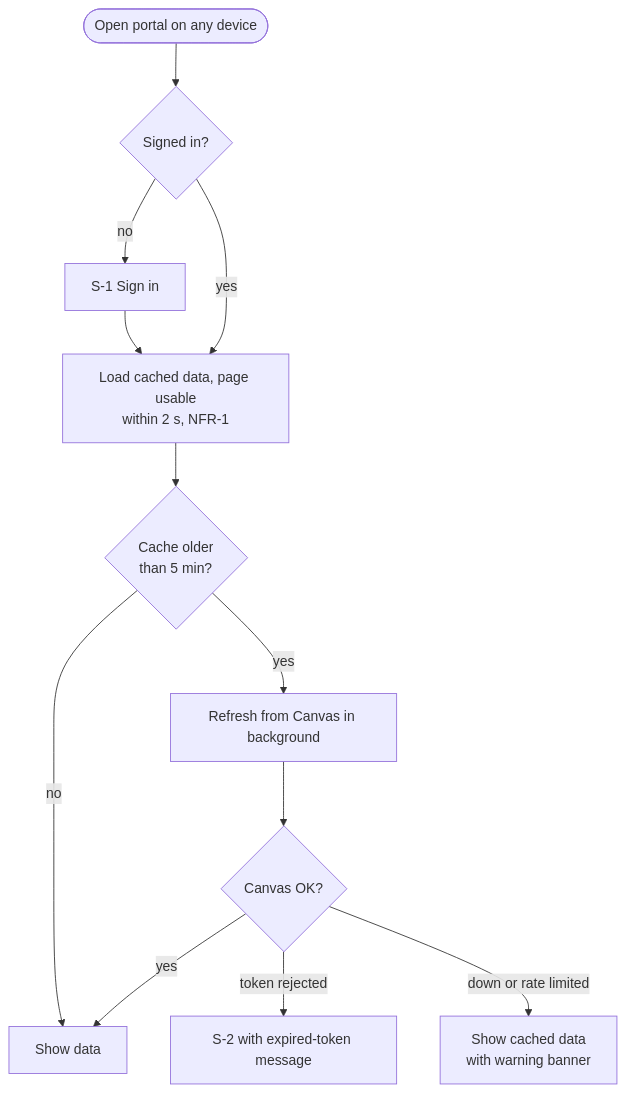
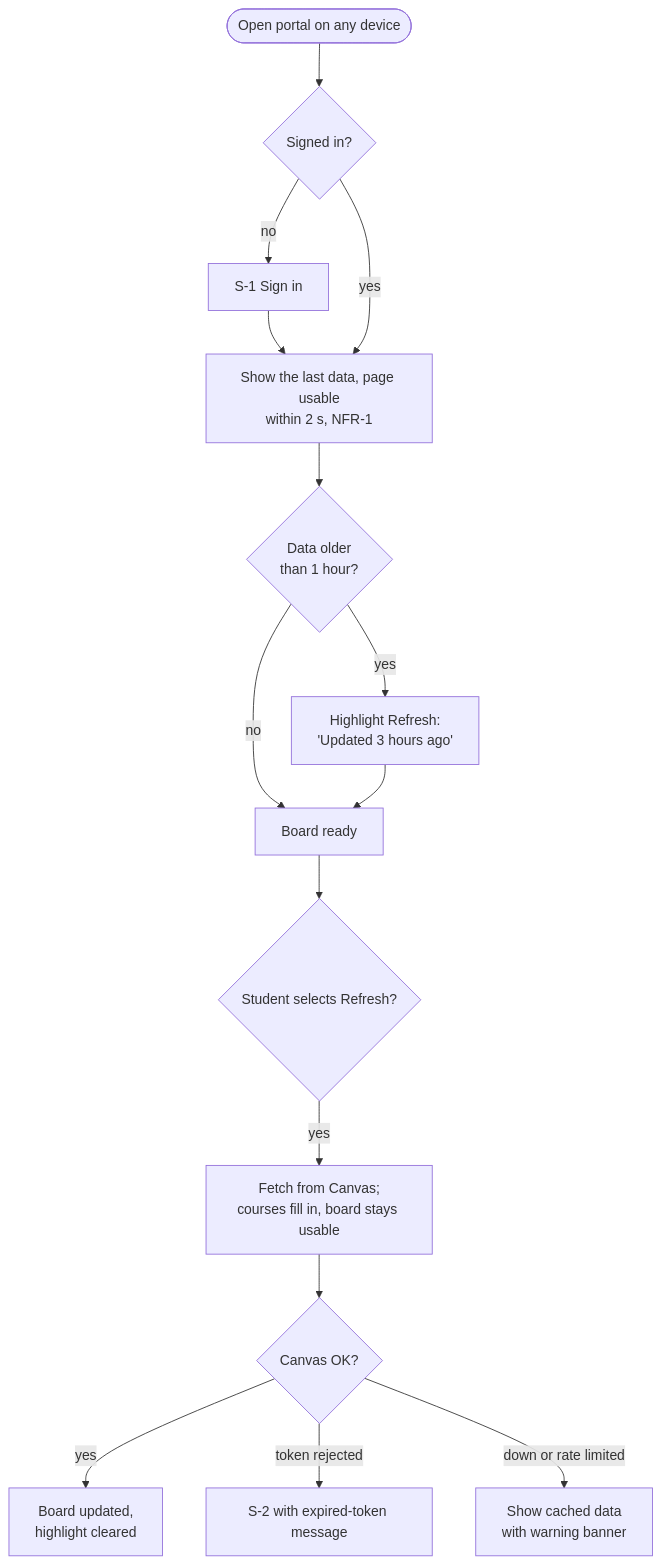
The third of 9 diagrams in docs/canvas-portal/04-wireframes-workflows.md (bbranton/TestProj), drawn with Mermaid before and after one commit. The commit also changed other lines of this file and 4 other files, not shown here.

First line of the commit message:
Make Canvas refresh manual; background sync becomes a future feature

````diff
--- a/docs/canvas-portal/04-wireframes-workflows.md
+++ b/docs/canvas-portal/04-wireframes-workflows.md
@@ -372,13 +375,16 @@
 ```mermaid
 flowchart TD
     A([Open portal on any device]) --> B{Signed in?}
     B -- no --> C[S-1 Sign in] --> D
-    B -- yes --> D[Load cached data, page usable<br/>within 2 s, NFR-1]
-    D --> E{Cache older<br/>than 5 min?}
-    E -- yes --> F[Refresh from Canvas in background]
-    E -- no --> G[Show data]
+    B -- yes --> D[Show the last data, page usable<br/>within 2 s, NFR-1]
+    D --> E{Data older<br/>than 1 hour?}
+    E -- yes --> K[Highlight Refresh:<br/>'Updated 3 hours ago']
+    E -- no --> G[Board ready]
+    K --> G
+    G --> L{Student selects Refresh?}
+    L -- yes --> F[Fetch from Canvas;<br/>courses fill in, board stays usable]
     F --> H{Canvas OK?}
-    H -- yes --> G
+    H -- yes --> M[Board updated,<br/>highlight cleared]
     H -- token rejected --> I[S-2 with expired-token message]
     H -- down or rate limited --> J[Show cached data<br/>with warning banner]
 ```
````
